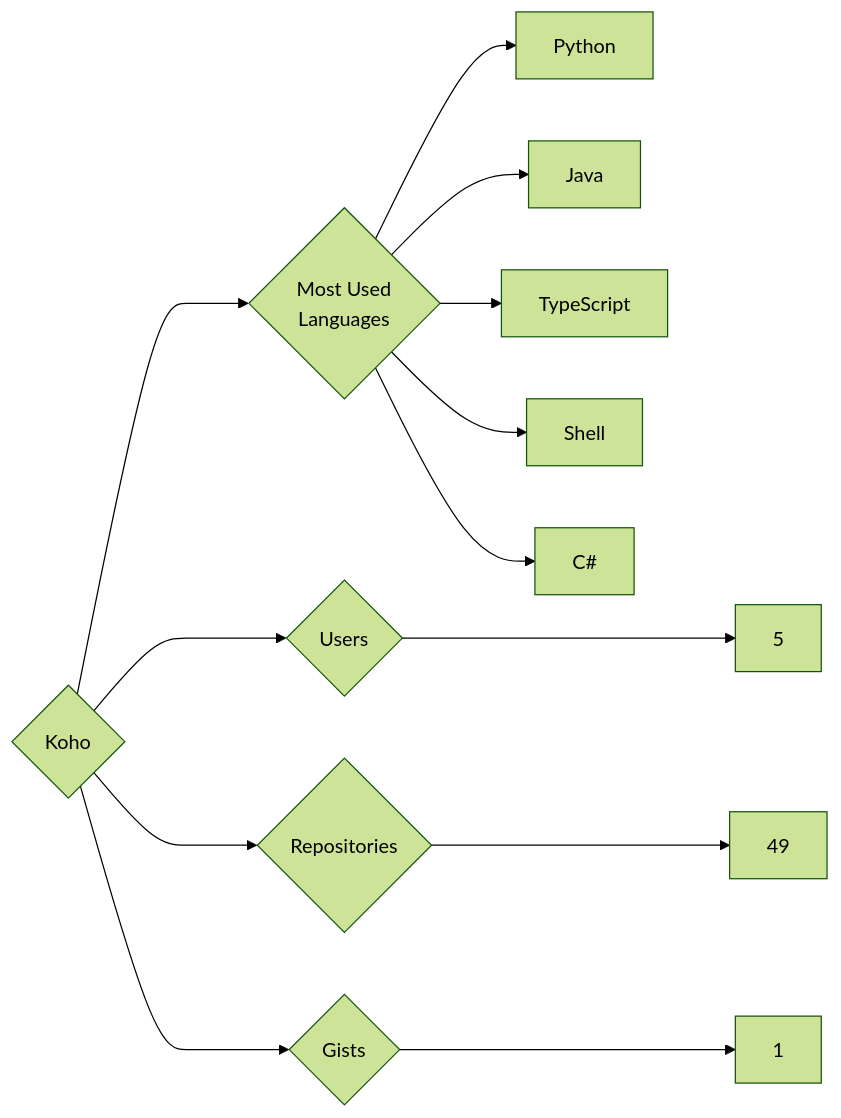
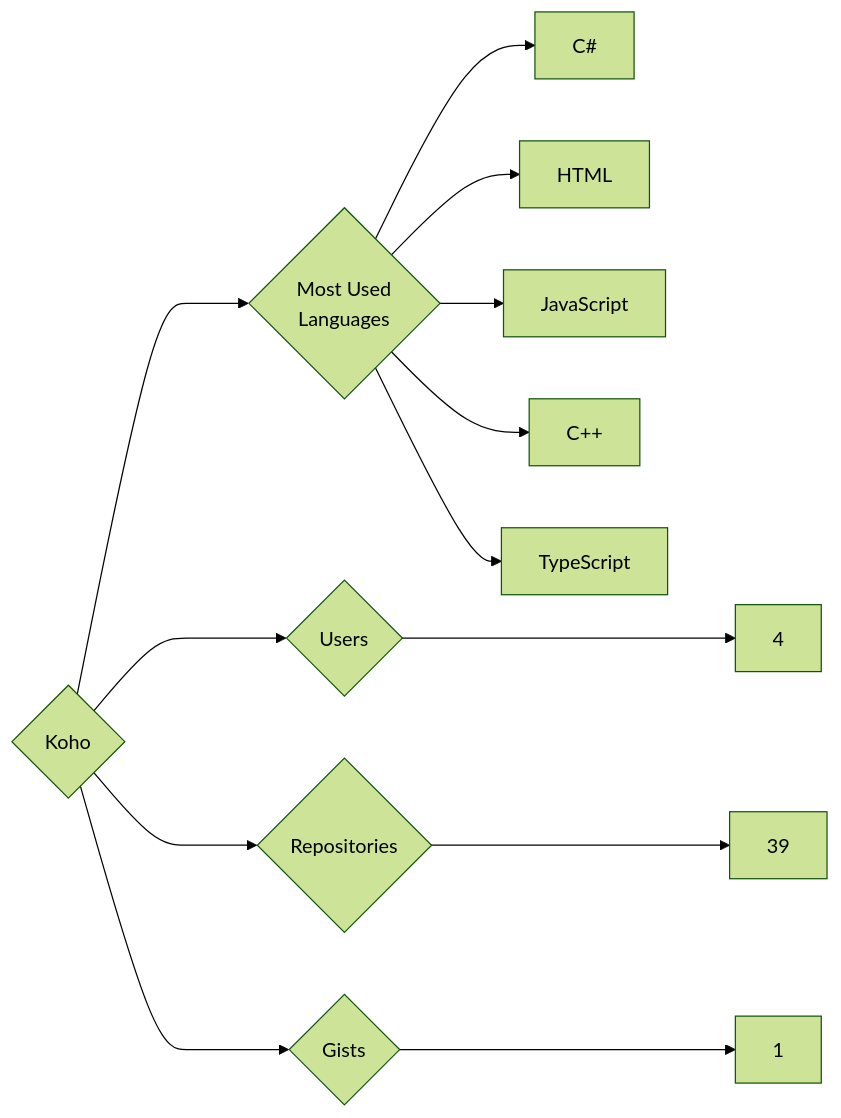
Before and after one commit to trickest/insiders: the diagram in targets/Koho/README.md, drawn with Mermaid (forest theme). The commit also changed 944 other files, not shown here.

````diff
--- a/targets/Koho/README.md
+++ b/targets/Koho/README.md
@@ -3,13 +3,13 @@
 ```mermaid
 graph LR
 COMPANY_NAME{Koho}
-COMPANY_NAME ---> U{Users} ---> UN[5]
-COMPANY_NAME ---> R{Repositories} ---> RN[49]
+COMPANY_NAME ---> U{Users} ---> UN[4]
+COMPANY_NAME ---> R{Repositories} ---> RN[39]
 COMPANY_NAME ---> G{Gists} ---> GN[1]
 COMPANY_NAME ---> ML{Most Used<br>Languages}
-ML --> Python[Python]
-ML --> Java[Java]
+ML --> C#[C#]
+ML --> HTML[HTML]
+ML --> JavaScript[JavaScript]
+ML --> C++[C++]
 ML --> TypeScript[TypeScript]
-ML --> Shell[Shell]
-ML --> C#[C#]
 ```
````
